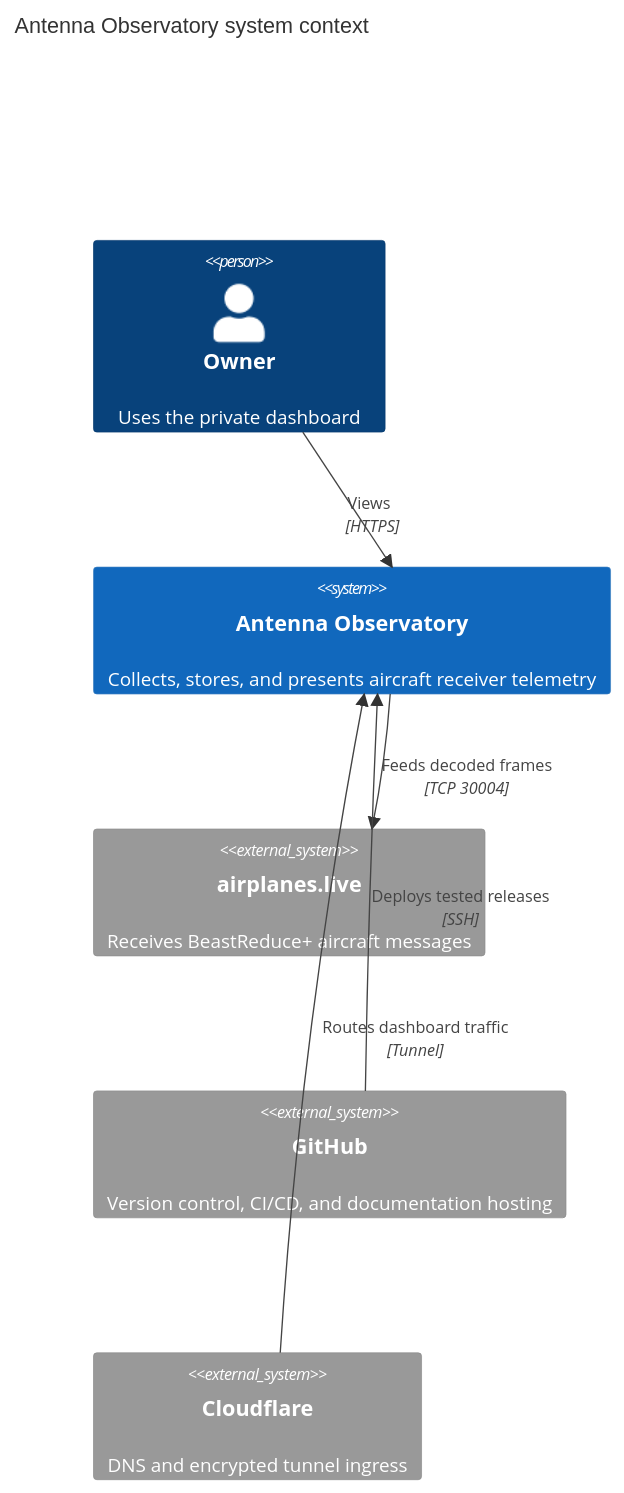
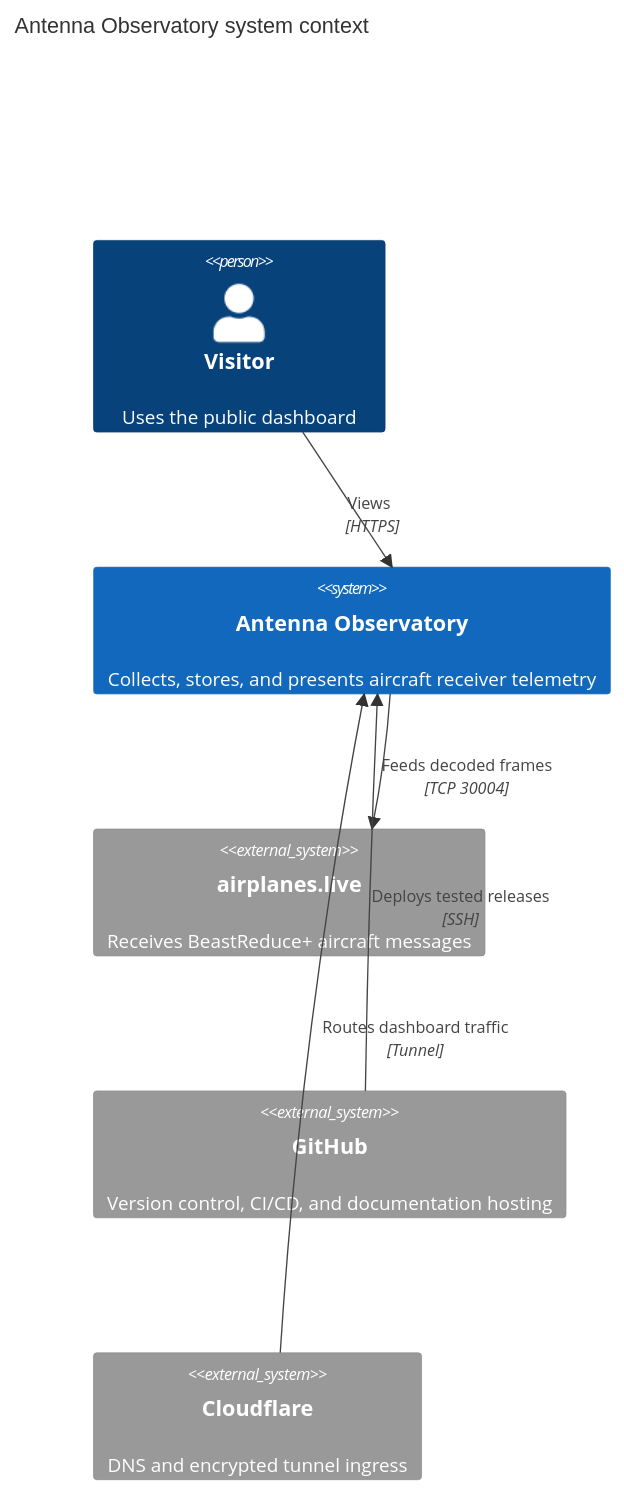
Before and after one commit to ramideltoro/antenna_observatory: the first of 5 diagrams in wiki-site/docs/architecture.md, drawn with Mermaid. The commit also changed other lines of this file and 44 other files, not shown here.

````diff
--- a/wiki-site/docs/architecture.md
+++ b/wiki-site/docs/architecture.md
@@ -7,13 +7,13 @@
 ```mermaid
 C4Context
     title Antenna Observatory system context
-    Person(owner, "Owner", "Uses the private dashboard")
+    Person(visitor, "Visitor", "Uses the public dashboard")
     System(obs, "Antenna Observatory", "Collects, stores, and presents aircraft receiver telemetry")
     System_Ext(airplanes, "airplanes.live", "Receives BeastReduce+ aircraft messages")
     System_Ext(github, "GitHub", "Version control, CI/CD, and documentation hosting")
     System_Ext(cloudflare, "Cloudflare", "DNS and encrypted tunnel ingress")
-    Rel(owner, obs, "Views", "HTTPS")
+    Rel(visitor, obs, "Views", "HTTPS")
     Rel(obs, airplanes, "Feeds decoded frames", "TCP 30004")
     Rel(github, obs, "Deploys tested releases", "SSH")
     Rel(cloudflare, obs, "Routes dashboard traffic", "Tunnel")
 ```
````
